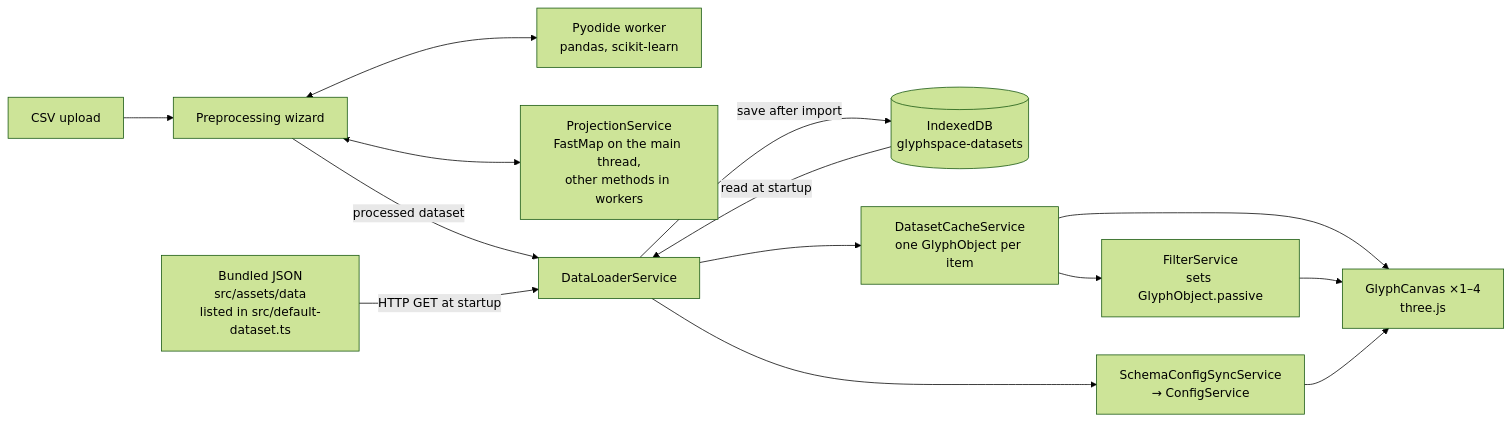
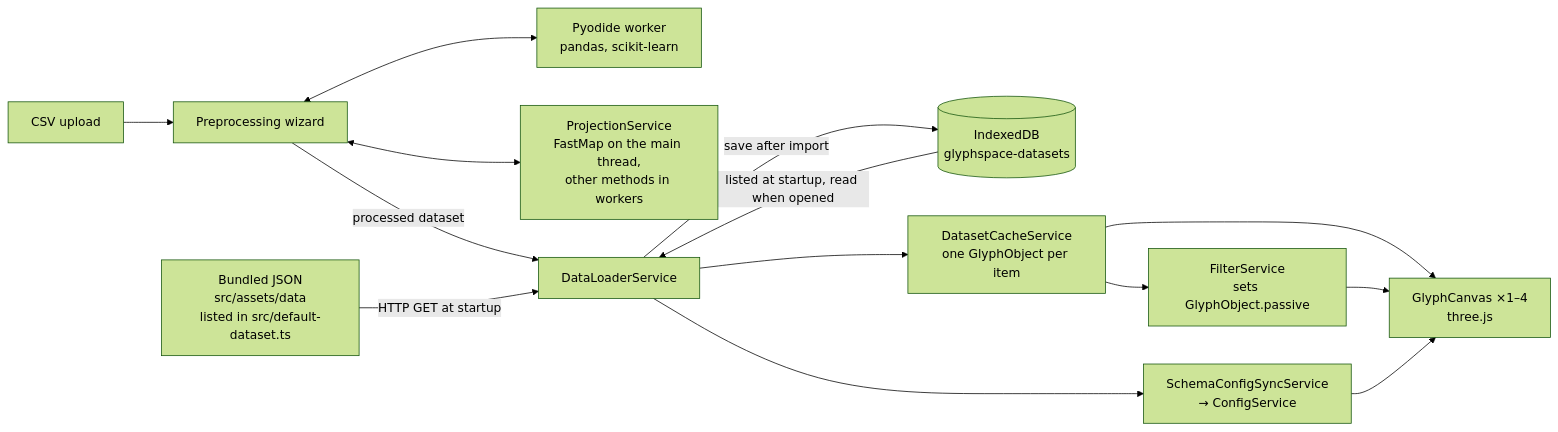
The diagram in docs/development/architecture.md (visualengineers/glyphspace), drawn with Mermaid (forest theme) before and after one commit. The commit also changed other lines of this file and 6 other files, not shown here.

````diff
--- a/docs/development/architecture.md
+++ b/docs/development/architecture.md
@@ -38,28 +38,28 @@
 ```mermaid
 flowchart LR
   B["Bundled JSON<br/>src/assets/data<br/>listed in src/default-dataset.ts"]
   CSV["CSV upload"]
   IDB[("IndexedDB<br/>glyphspace-datasets")]
   WIZ["Preprocessing wizard"]
   PY["Pyodide worker<br/>pandas, scikit-learn"]
   PRJ["ProjectionService<br/>FastMap on the main thread,<br/>other methods in workers"]
   DL["DataLoaderService"]
   CACHE["DatasetCacheService<br/>one GlyphObject per item"]
   CFG["SchemaConfigSyncService<br/>→ ConfigService"]
   FLT["FilterService<br/>sets GlyphObject.passive"]
   CAN["GlyphCanvas ×1–4<br/>three.js"]
 
   CSV --> WIZ
   WIZ <--> PY
   WIZ <--> PRJ
   WIZ -- "processed dataset" --> DL
   B -- "HTTP GET at startup" --> DL
-  IDB -- "read at startup" --> DL
+  IDB -- "listed at startup, read when opened" --> DL
   DL -- "save after import" --> IDB
   DL --> CACHE
   DL --> CFG
   CACHE --> FLT
   CACHE --> CAN
   FLT --> CAN
   CFG --> CAN
 ```
````
